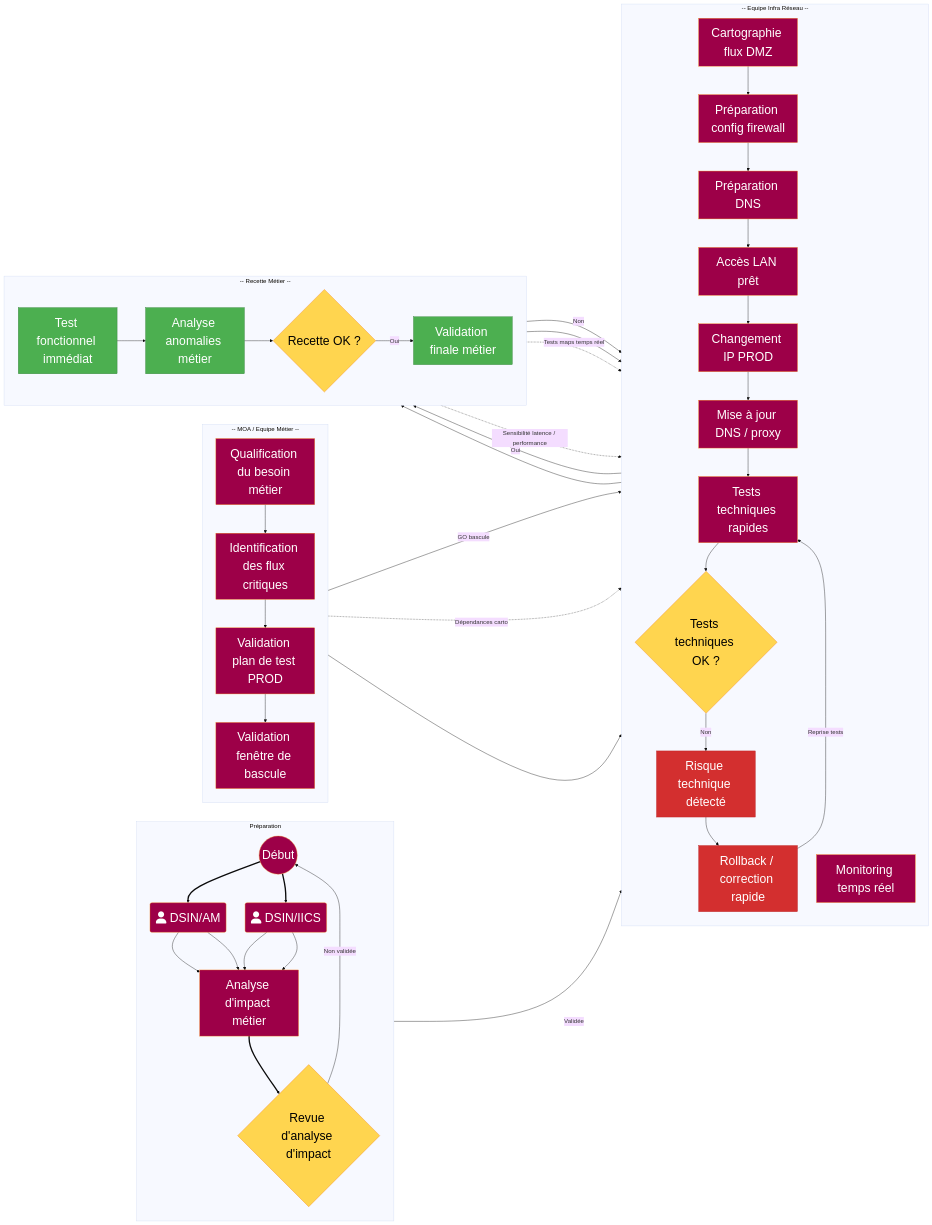
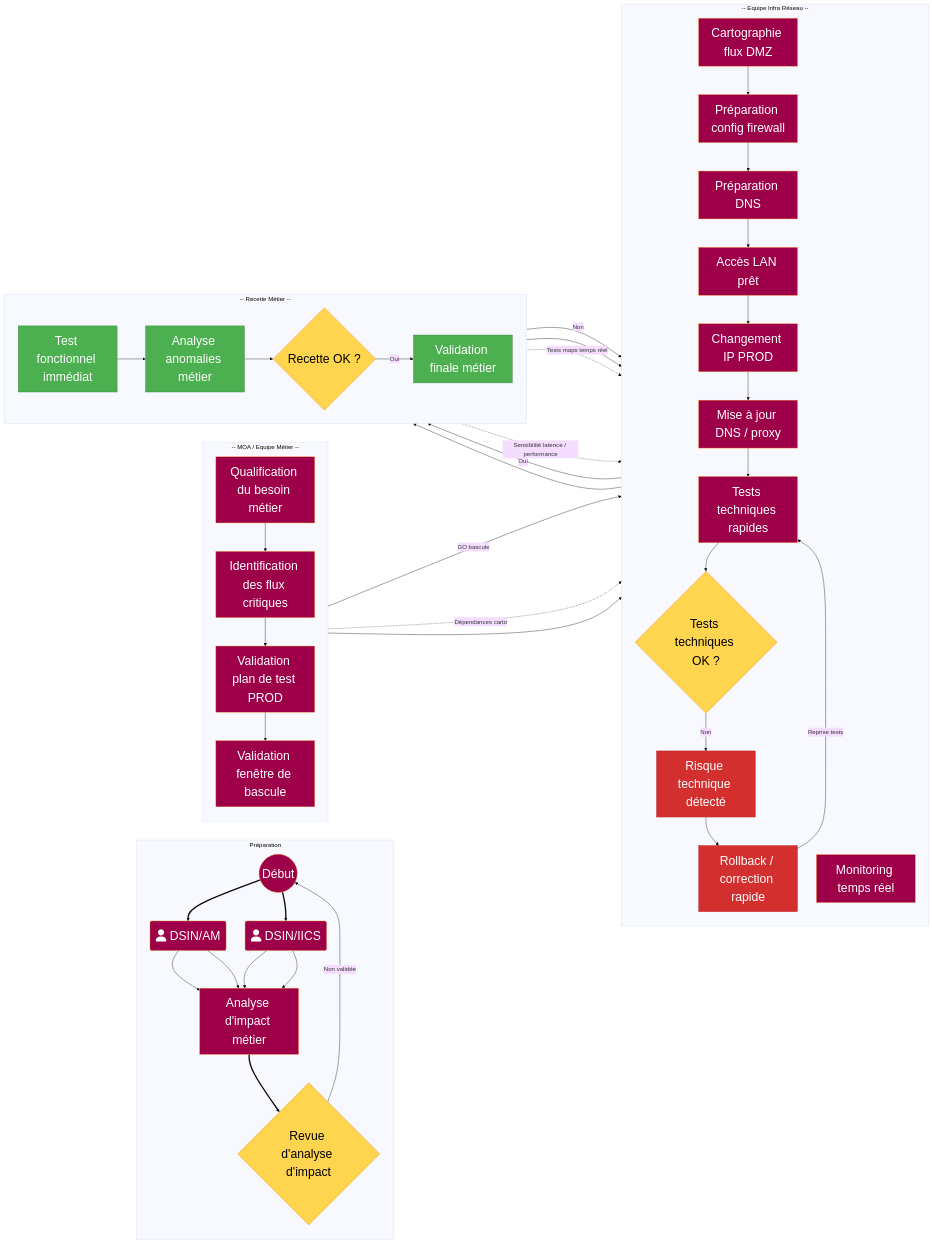
One commit to fdadda/iodraw-files changed the diagram in all/CHANGE IP - Sans Pre-Prod.md. Above: the diagram before and after it, drawn with Mermaid (base theme).

Commit message:
2026-06-01 15:35:56 update

```diff
--- a/all/CHANGE IP - Sans Pre-Prod.md
+++ b/all/CHANGE IP - Sans Pre-Prod.md
@@ -70,7 +70,7 @@
 M4 -->|GO bascule| I1
 
 %% Workflow Infra
-D0 -- Validée --> I1 --> I2 --> I3 --> I4 --> I5 --> I6 --> I7 --> D1
+ I1 --> I2 --> I3 --> I4 --> I5 --> I6 --> I7 --> D1
 
 %% Décision technique
 D1 -->|Oui| M5
```
